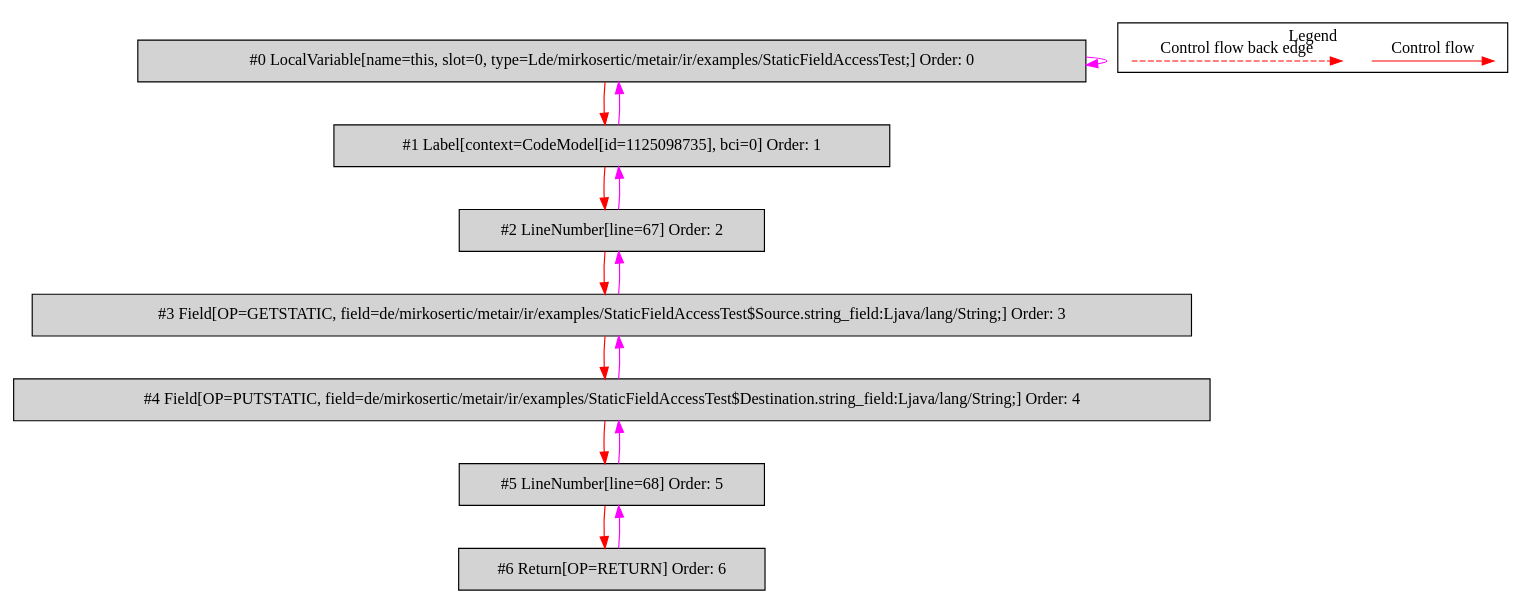
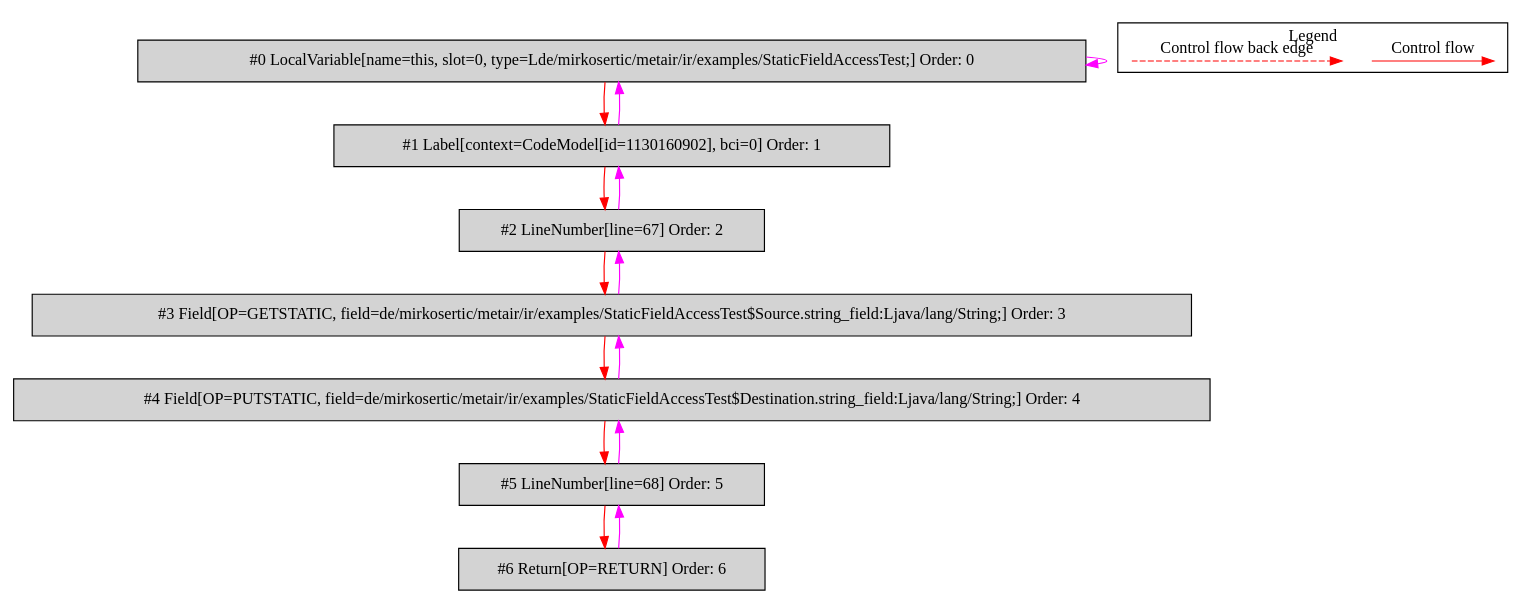
The diagram in de.mirkosertic.metair.ir.examples.StaticFieldAccessTest/copy_string/bytecodecfg.dot (mirkosertic/MetaIR), drawn with Graphviz before and after one commit. The commit also changed 510 other files, not shown here.

```diff
--- a/de.mirkosertic.metair.ir.examples.StaticFieldAccessTest/copy_string/bytecodecfg.dot
+++ b/de.mirkosertic.metair.ir.examples.StaticFieldAccessTest/copy_string/bytecodecfg.dot
@@ -1,37 +1,37 @@
 digraph {
  ordering="in";
  node0[label="#0 LocalVariable[name=this, slot=0, type=Lde/mirkosertic/metair/ir/examples/StaticFieldAccessTest;] Order: 0", shape=box, fillcolor=lightgrey, style=filled];
- node1[label="#1 Label[context=CodeModel[id=1125098735], bci=0] Order: 1", shape=box, fillcolor=lightgrey, style=filled];
+ node1[label="#1 Label[context=CodeModel[id=1130160902], bci=0] Order: 1", shape=box, fillcolor=lightgrey, style=filled];
  node2[label="#2 LineNumber[line=67] Order: 2", shape=box, fillcolor=lightgrey, style=filled];
  node3[label="#3 Field[OP=GETSTATIC, field=de/mirkosertic/metair/ir/examples/StaticFieldAccessTest$Source.string_field:Ljava/lang/String;] Order: 3", shape=box, fillcolor=lightgrey, style=filled];
  node4[label="#4 Field[OP=PUTSTATIC, field=de/mirkosertic/metair/ir/examples/StaticFieldAccessTest$Destination.string_field:Ljava/lang/String;] Order: 4", shape=box, fillcolor=lightgrey, style=filled];
  node5[label="#5 LineNumber[line=68] Order: 5", shape=box, fillcolor=lightgrey, style=filled];
  node6[label="#6 Return[OP=RETURN] Order: 6", shape=box, fillcolor=lightgrey, style=filled];
  node0 -> node0[color=fuchsia];
  node0 -> node1[color=red];
  node1 -> node0[color=fuchsia];
  node1 -> node2[color=red];
  node2 -> node1[color=fuchsia];
  node2 -> node3[color=red];
  node3 -> node2[color=fuchsia];
  node3 -> node4[color=red];
  node4 -> node3[color=fuchsia];
  node4 -> node5[color=red];
  node5 -> node4[color=fuchsia];
  node5 -> node6[color=red];
  node6 -> node5[color=fuchsia];
  subgraph cluster_000 {
   label = "Legend";
   node [shape=point]
   {
    rank=same;
    c0 [style = invis];
    c1 [style = invis];
    c2 [style = invis];
    c3 [style = invis];
   }
   c0 -> c1 [label="Control flow", style=solid, color=red]
   c2 -> c3 [label="Control flow back edge", style=dashed, color=red]
  }
 
 }
```
